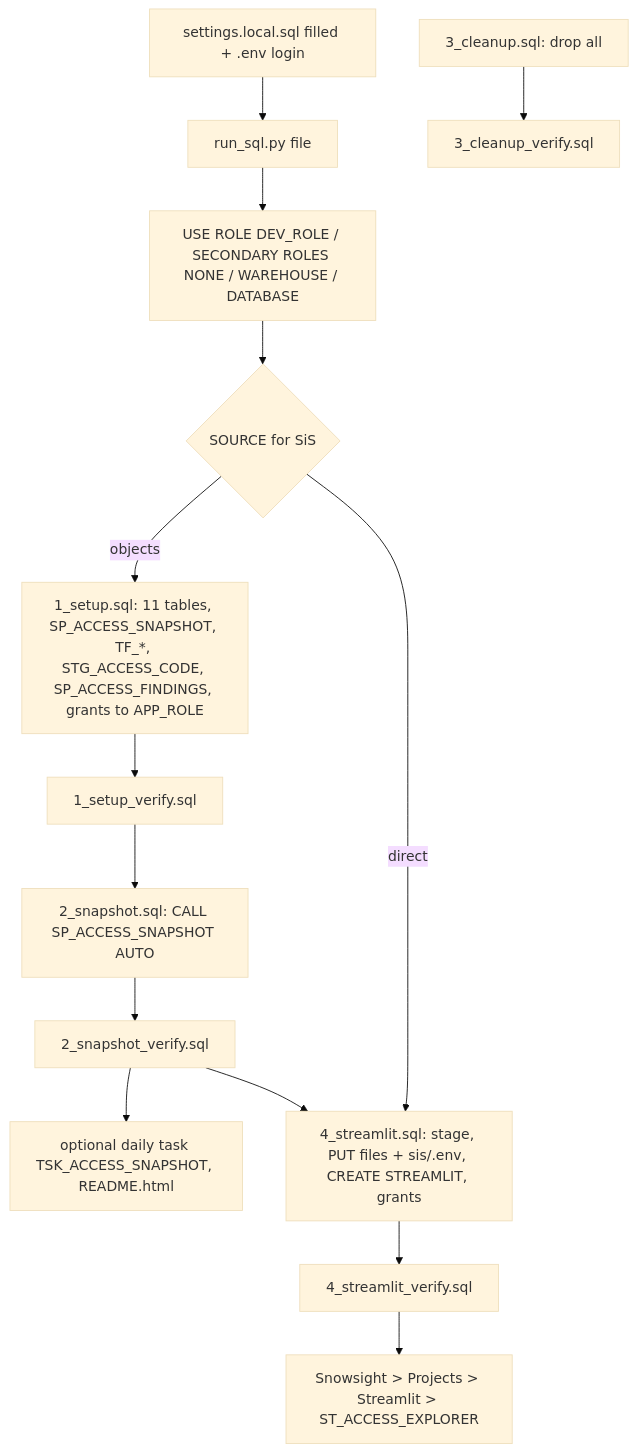
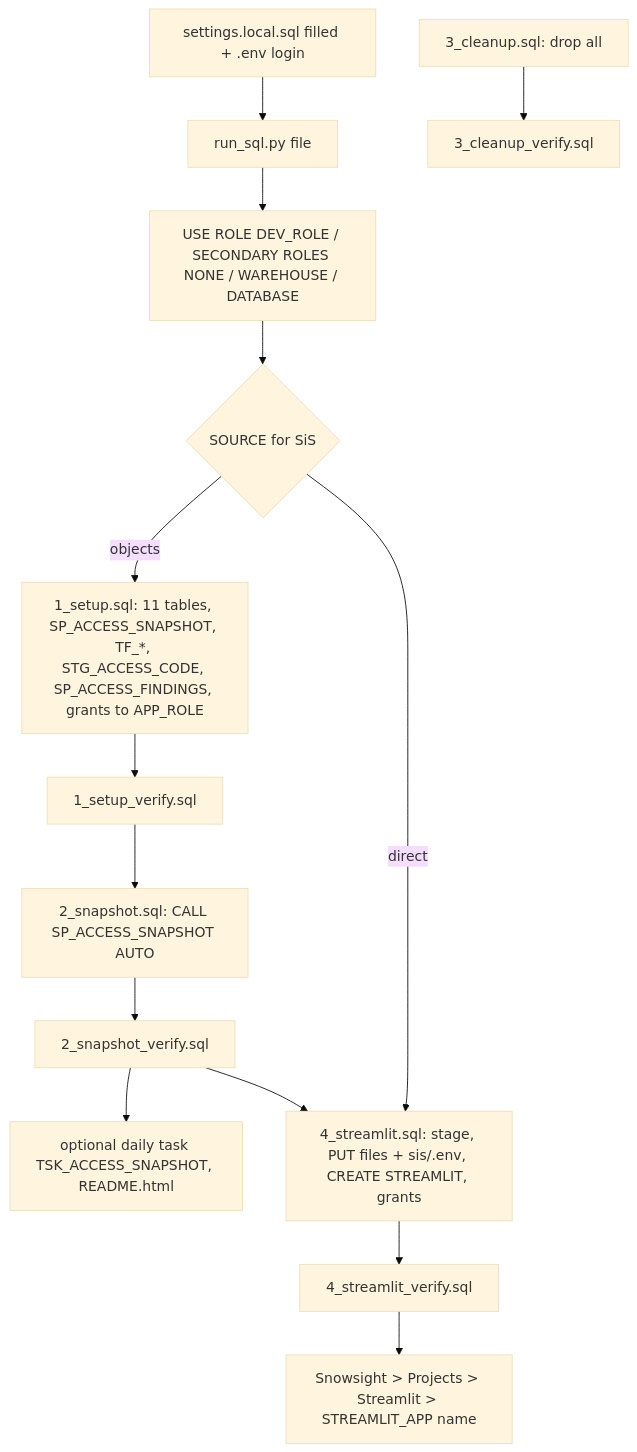
One commit to darshanmeel/snowflake-access-explorer changed the diagram in snowflake-access-explorer-knowledge-graph/processes/deploy-snowflake.md. Above: the diagram before and after it, drawn with Mermaid (base theme). The commit also changed other lines of this file and 67 other files, not shown here.

Commit message:
Knowledge graph: QUERY_TAG and STREAMLIT_APP settings, run_sql.py fallback, access.py line refs after 4386 corrected

````diff
--- a/snowflake-access-explorer-knowledge-graph/processes/deploy-snowflake.md
+++ b/snowflake-access-explorer-knowledge-graph/processes/deploy-snowflake.md
@@ -4,16 +4,16 @@
 ```mermaid
 flowchart TD
   P[settings.local.sql filled + .env login] --> R[run_sql.py file]
   R --> U[USE ROLE DEV_ROLE / SECONDARY ROLES NONE / WAREHOUSE / DATABASE]
   U --> X{SOURCE for SiS}
   X -->|objects| S1[1_setup.sql: 11 tables, SP_ACCESS_SNAPSHOT, TF_*, STG_ACCESS_CODE, SP_ACCESS_FINDINGS, grants to APP_ROLE]
   S1 --> V1[1_setup_verify.sql]
   V1 --> S2[2_snapshot.sql: CALL SP_ACCESS_SNAPSHOT AUTO]
   S2 --> V2[2_snapshot_verify.sql]
   V2 --> T[optional daily task TSK_ACCESS_SNAPSHOT, README.html]
   V2 --> S4
   X -->|direct| S4[4_streamlit.sql: stage, PUT files + sis/.env, CREATE STREAMLIT, grants]
   S4 --> V4[4_streamlit_verify.sql]
-  V4 --> O[Snowsight > Projects > Streamlit > ST_ACCESS_EXPLORER]
+  V4 --> O[Snowsight > Projects > Streamlit > STREAMLIT_APP name]
   C[3_cleanup.sql: drop all] --> V3[3_cleanup_verify.sql]
 ```
````
